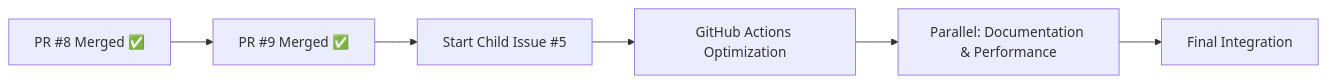
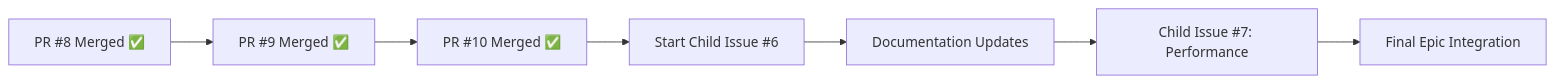
Before and after one commit to info-tech-io/hugo-templates: the fourth of 5 diagrams in docs/epic-progress-visual.md, drawn with Mermaid. The commit also changed other lines of this file, not shown here.

First line of the commit message:
Update Epic Progress: Child Issue #5 GitHub Actions Optimization Completed

````diff
--- a/docs/epic-progress-visual.md
+++ b/docs/epic-progress-visual.md
@@ -161,8 +166,9 @@
 ```mermaid
 flowchart LR
     A[PR #8 Merged ✅] --> B[PR #9 Merged ✅]
-    B --> C[Start Child Issue #5]
-    C --> D[GitHub Actions Optimization]
-    D --> E[Parallel: Documentation & Performance]
-    E --> F[Final Integration]
+    B --> C[PR #10 Merged ✅]
+    C --> D[Start Child Issue #6]
+    D --> E[Documentation Updates]
+    E --> F[Child Issue #7: Performance]
+    F --> G[Final Epic Integration]
 ```
````
